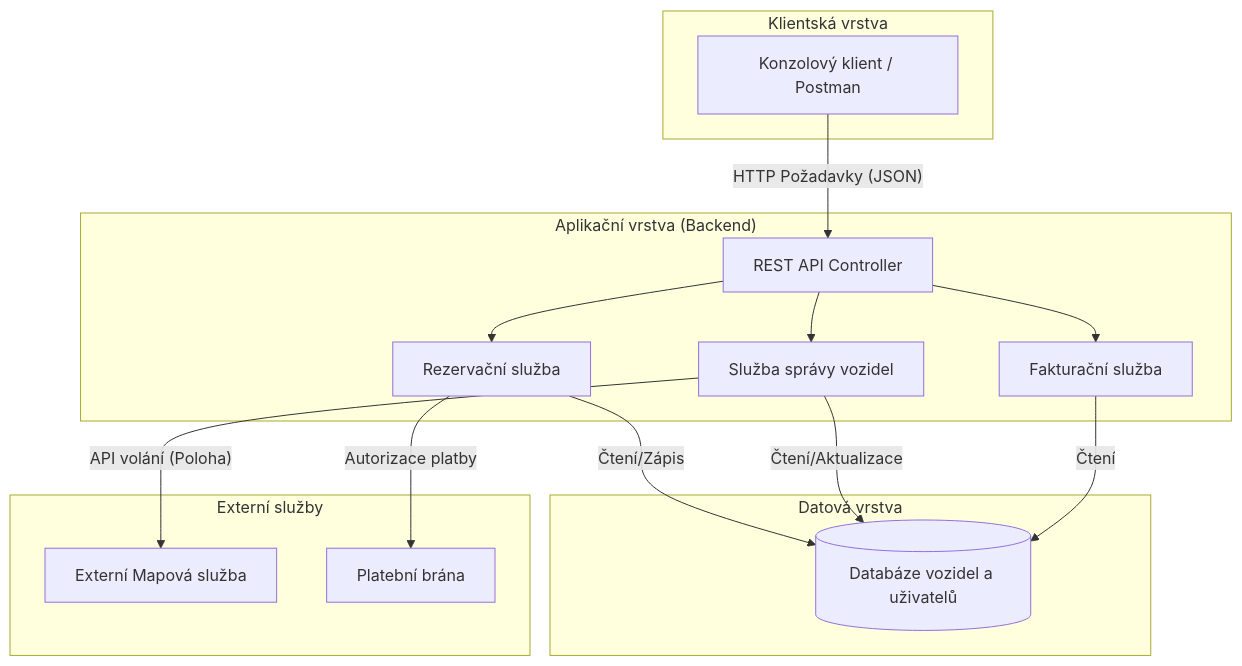
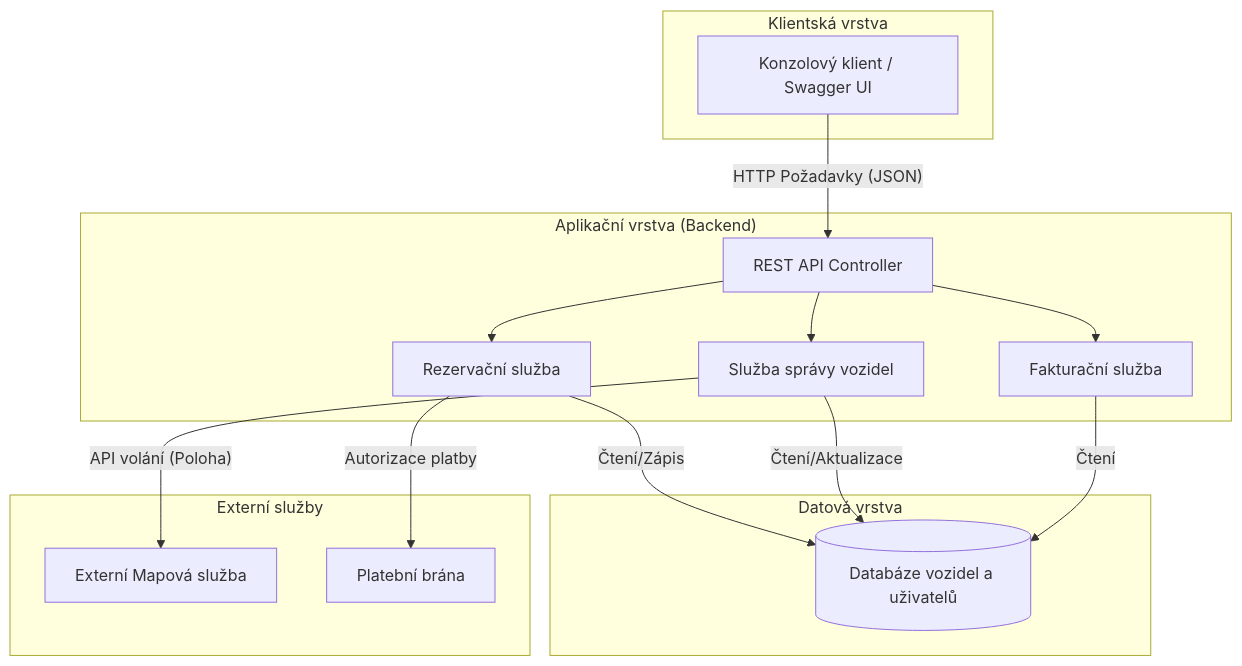
One commit to CrimsonRubyRose/KSWI changed diagram 14 of 14 in Full.md. Above: the diagram before and after it, drawn with Mermaid. The commit also changed other lines of this file, not shown here.

````diff
--- a/Full.md
+++ b/Full.md
@@ -216,36 +216,36 @@
 ```mermaid
 graph TD
     subgraph "Klientská vrstva"
-        CLI[Konzolový klient / Postman]
+        CLI[Konzolový klient / Swagger UI]
     end
 
     subgraph "Aplikační vrstva (Backend)"
         API[REST API Controller]
         RES[Rezervační služba]
         CAR[Služba správy vozidel]
         BILL[Fakturační služba]
     end
 
     subgraph "Datová vrstva"
         DB[(Databáze vozidel a uživatelů)]
     end
 
     subgraph "Externí služby"
         MAP[Externí Mapová služba]
         PAY[Platební brána]
     end
 
     %% Propojení vrstev
     CLI -- "HTTP Požadavky (JSON)" --> API
     API --> RES
     API --> CAR
     API --> BILL
 
     RES -- "Čtení/Zápis" --> DB
     CAR -- "Čtení/Aktualizace" --> DB
     BILL -- "Čtení" --> DB
 
     %% Integrace externích služeb
     CAR -- "API volání (Poloha)" --> MAP
     RES -- "Autorizace platby" --> PAY
 ```
````
